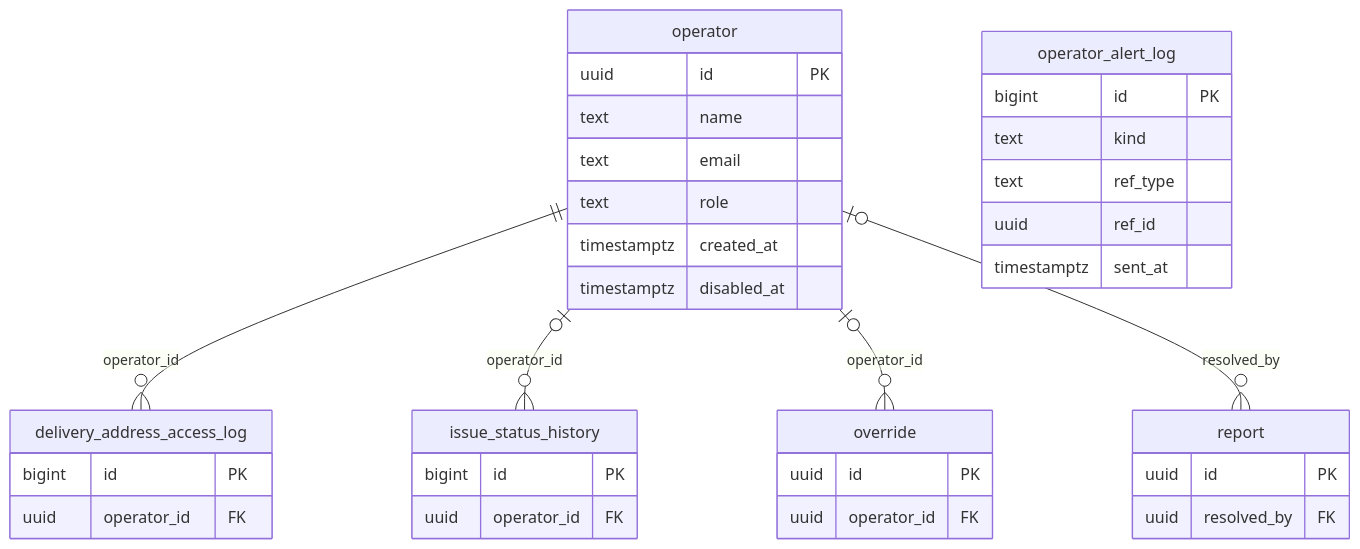
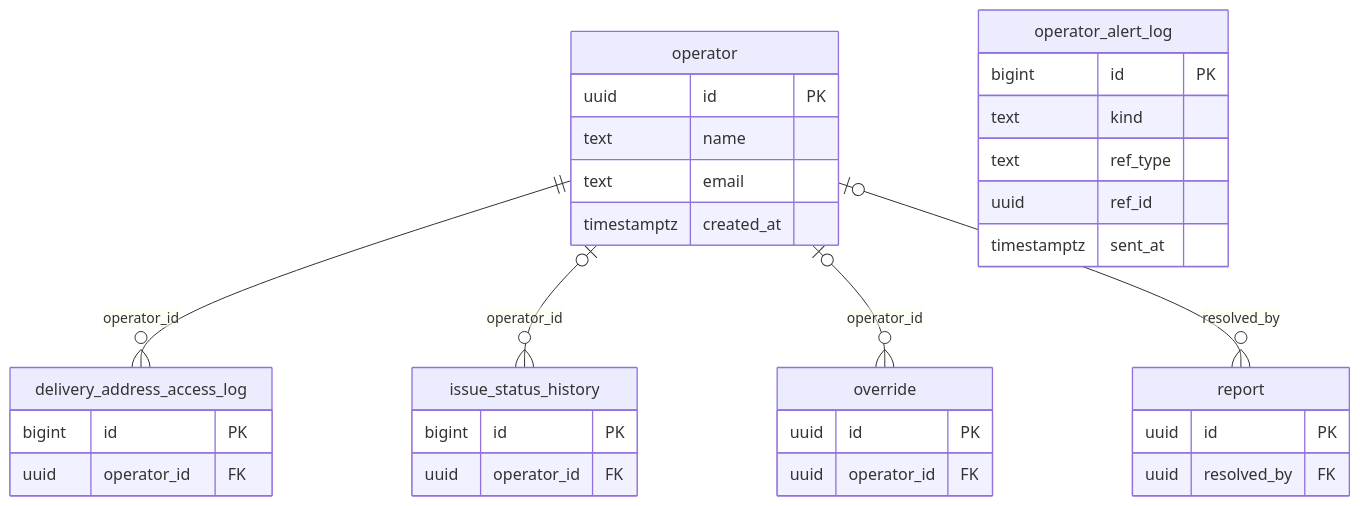
Before and after one commit to js1211-code/bogomagazine: diagram 11 of 11 in docs/erd.md, drawn with Mermaid. The commit also changed other lines of this file and 16 other files, not shown here.

````diff
--- a/docs/erd.md
+++ b/docs/erd.md
@@ -895,38 +892,36 @@
 ```mermaid
 erDiagram
     "operator" ||--o{ "delivery_address_access_log" : "operator_id"
     "operator" |o--o{ "issue_status_history" : "operator_id"
     "operator" |o--o{ "override" : "operator_id"
     "operator" |o--o{ "report" : "resolved_by"
     "operator" {
         uuid id PK
         text name
         text email
-        text role
         timestamptz created_at
-        timestamptz disabled_at
     }
     "operator_alert_log" {
         bigint id PK
         text kind
         text ref_type
         uuid ref_id
         timestamptz sent_at
     }
     "delivery_address_access_log" {
         bigint id PK
         uuid operator_id FK
     }
     "issue_status_history" {
         bigint id PK
         uuid operator_id FK
     }
     "override" {
         uuid id PK
         uuid operator_id FK
     }
     "report" {
         uuid id PK
         uuid resolved_by FK
     }
 ```
````
